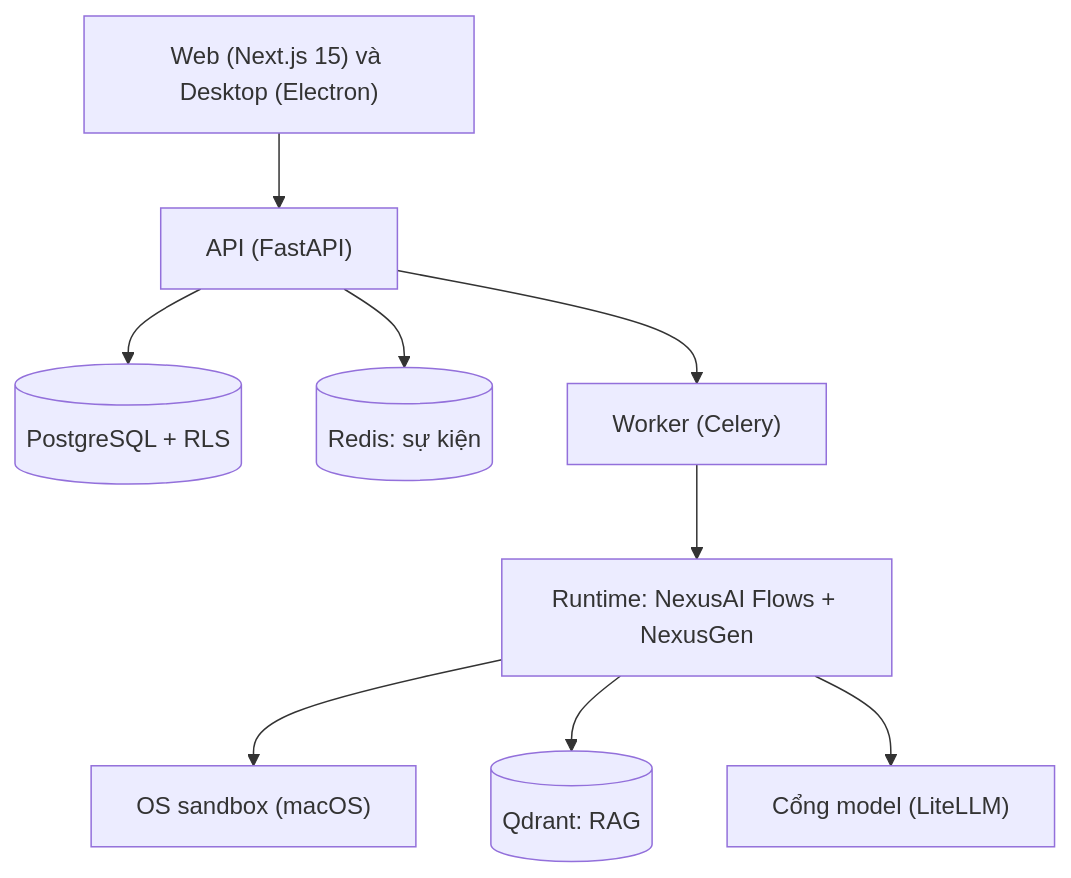
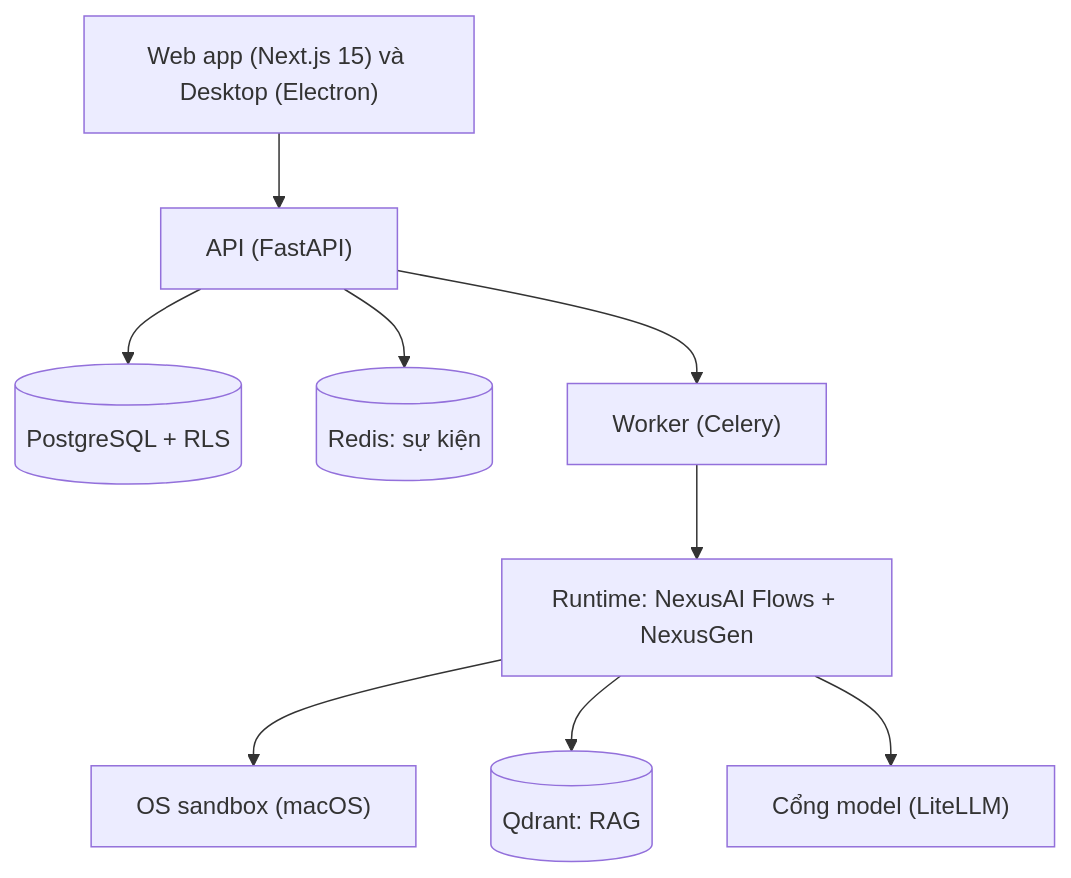
One commit to khangkaka066/Alba-Agent changed the second of 2 diagrams in README.vi.md. Above: the diagram before and after it, drawn with Mermaid. The commit also changed other lines of this file and 1 other file, not shown here.

````diff
--- a/README.vi.md
+++ b/README.vi.md
@@ -156,11 +201,11 @@
 ```mermaid
 flowchart TB
-    Web["Web (Next.js 15) và Desktop (Electron)"] --> API["API (FastAPI)"]
+    Web["Web app (Next.js 15) và Desktop (Electron)"] --> API["API (FastAPI)"]
     API --> PG[("PostgreSQL + RLS")]
     API --> RD[("Redis: sự kiện")]
     API --> WK["Worker (Celery)"]
     WK --> RT["Runtime: NexusAI Flows + NexusGen"]
     RT --> SB["OS sandbox (macOS)"]
     RT --> QD[("Qdrant: RAG")]
     RT --> GW["Cổng model (LiteLLM)"]
 ```
````
